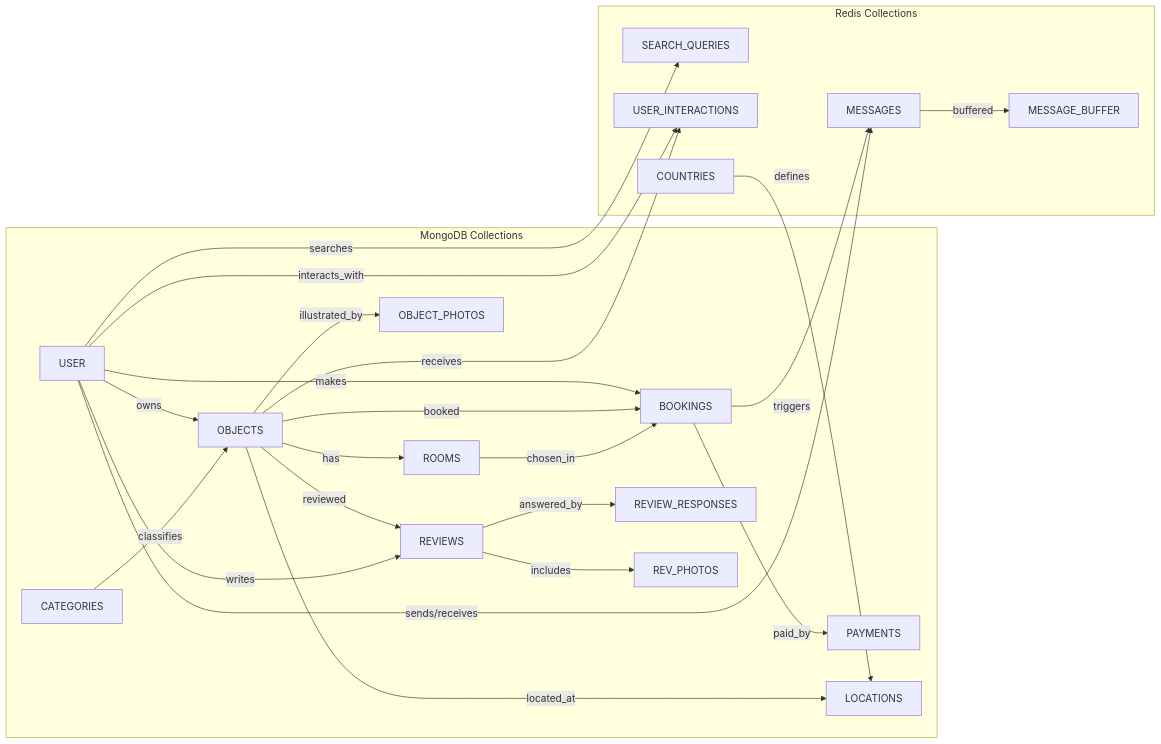
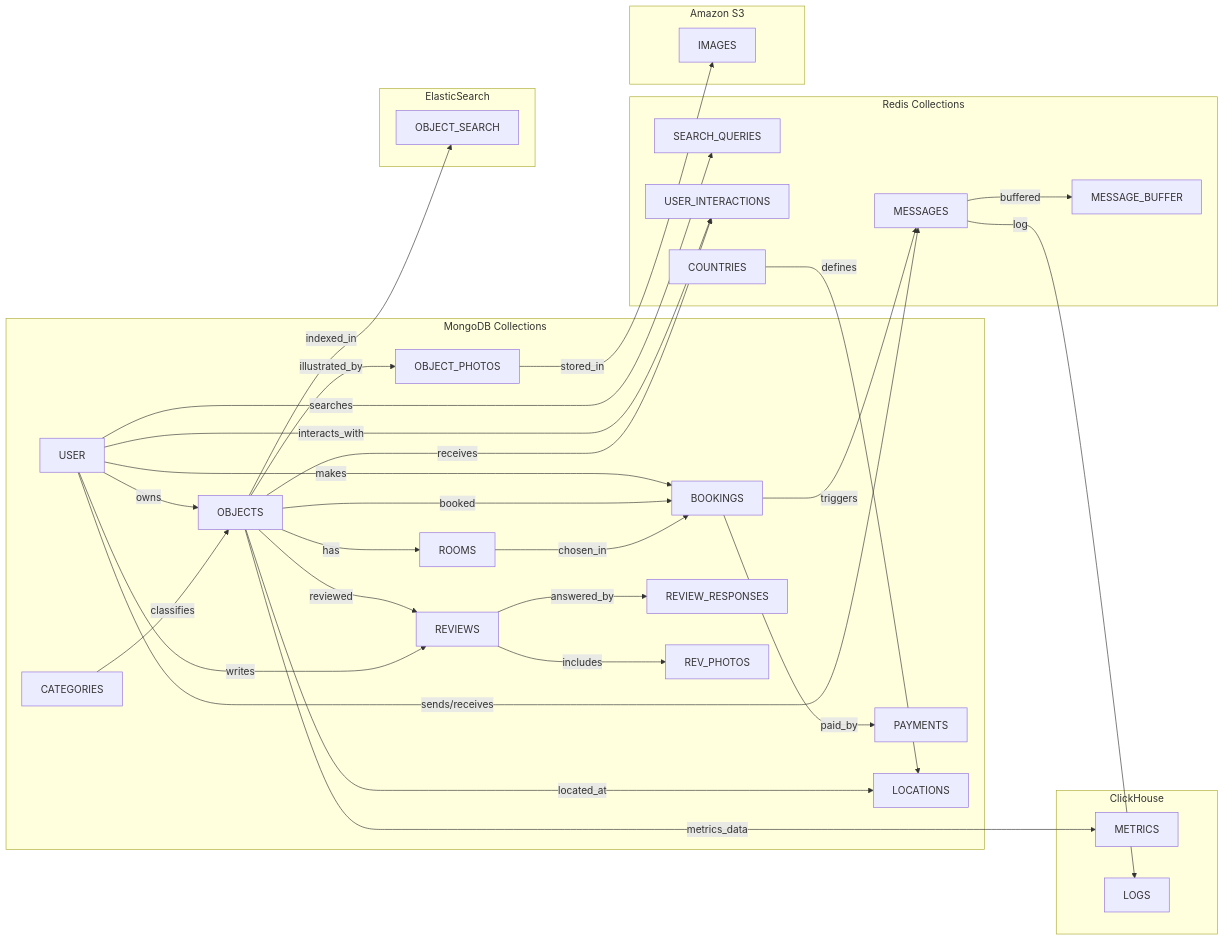
One commit to ksuysshaa/highload_booking changed the second of 2 diagrams in Readme.md. Above: the diagram before and after it, drawn with Mermaid. The commit also changed other lines of this file, not shown here.

````diff
--- a/Readme.md
+++ b/Readme.md
@@ -593,48 +595,70 @@
 ```mermaid
 flowchart LR
     %% MongoDB Collections
     subgraph MongoDB_Collections["MongoDB Collections"]
       U[USER]
       CAT[CATEGORIES]
       OBJ[OBJECTS]
       RM[ROOMS]
       BK[BOOKINGS]
       PY[PAYMENTS]
       RV[REVIEWS]
       RR[REVIEW_RESPONSES]
       RP[REV_PHOTOS]
       OP[OBJECT_PHOTOS]
       LOC[LOCATIONS]
     end
 
     %% Redis Collections
     subgraph Redis_Collections["Redis Collections"]
       MSG[MESSAGES]
       SQ[SEARCH_QUERIES]
       UI[USER_INTERACTIONS]
       MB[MESSAGE_BUFFER]
       CNT[COUNTRIES]
     end
 
-    %% Связи между таблицами (между коллекциями)
+    %% ElasticSearch Collections
+    subgraph ElasticSearch_Collections["ElasticSearch"]
+      ES[OBJECT_SEARCH]
+    end
+
+    %% ClickHouse Collections
+    subgraph ClickHouse_Collections["ClickHouse"]
+      CH_METRICS[METRICS]
+      CH_LOGS[LOGS]
+    end
+
+    %% Amazon S3 Collections
+    subgraph S3_Collections["Amazon S3"]
+      S3_IMAGES[IMAGES]
+    end
+
+    %% Основные связи между коллекциями
     U -- owns --> OBJ
     CAT -- classifies --> OBJ
     OBJ -- has --> RM
     U -- makes --> BK
     OBJ -- booked --> BK
     RM -- chosen_in --> BK
     BK -- paid_by --> PY
     OBJ -- reviewed --> RV
     U -- writes --> RV
     RV -- answered_by --> RR
     RV -- includes --> RP
     OBJ -- illustrated_by --> OP
     OBJ -- located_at --> LOC
     CNT -- defines --> LOC
     BK -- triggers --> MSG
     U -- sends/receives --> MSG
     U -- searches --> SQ
     U -- interacts_with --> UI
     OBJ -- receives --> UI
     MSG -- buffered --> MB
+
+    %% Дополнительные связи для ElasticSearch, ClickHouse и Amazon S3
+    OBJ -- indexed_in --> ES
+    OBJ -- metrics_data --> CH_METRICS
+    MSG -- log --> CH_LOGS
+    OP -- stored_in --> S3_IMAGES
 ```
````
